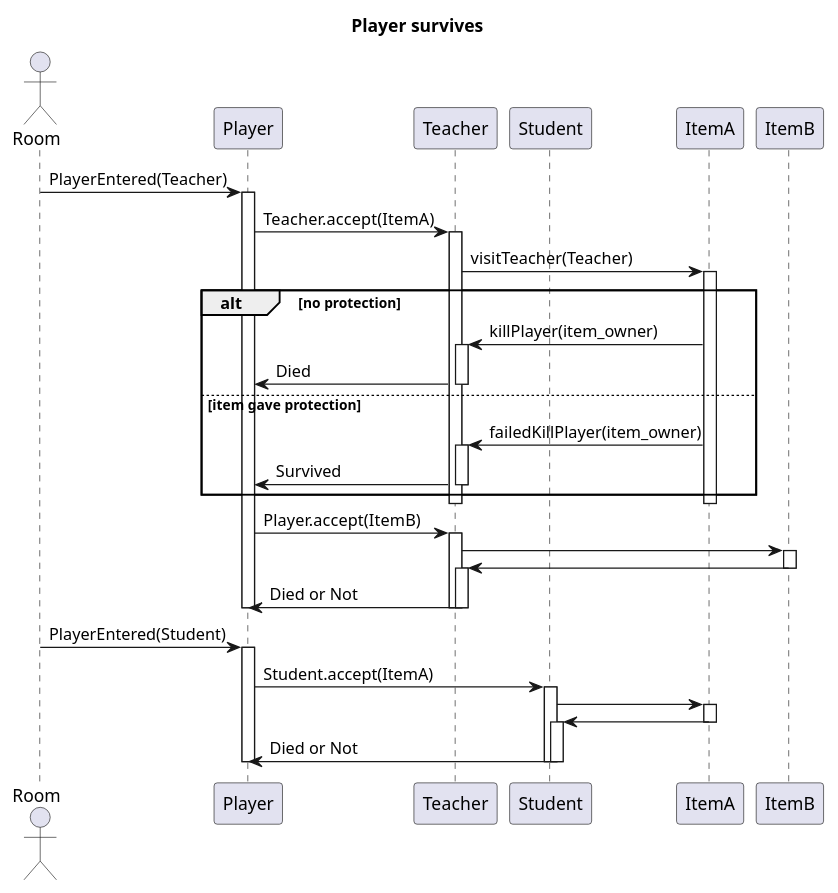
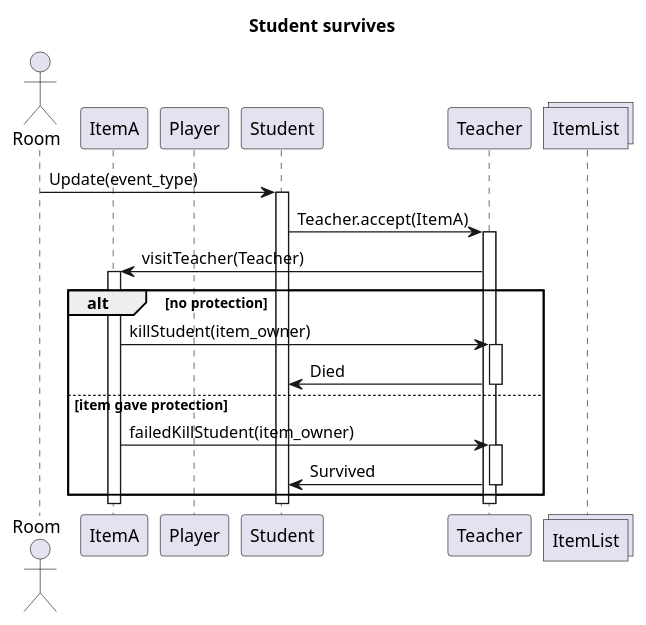
The diagram in docs/player_survives.plantuml (MBakter/echo), drawn with PlantUML before and after one commit.

Commit message:
event modifications

```diff
--- a/docs/player_survives.plantuml
+++ b/docs/player_survives.plantuml
@@ -2,70 +2,69 @@
 @startuml
-title Player survives
+title Student survives
 actor Room
  
 participant Room order 10
-participant Player order 20
+participant Student order 20
 participant Teacher order 30
-participant Student order 40
-participant ItemA order 50
-participant ItemB order 60
- 
-    Room -> Player : PlayerEntered(Teacher)
-activate Player
+/' participant Student order 40 '/
+collections ItemList order 50
 
-        Player -> Teacher : Teacher.accept(ItemA)
+    Room -> Student : Update(event_type)
+activate Student
+
+        Student -> Teacher : Teacher.accept(ItemA)
         activate Teacher
 
             Teacher -> ItemA : visitTeacher(Teacher)
             activate ItemA
                 alt no protection
-                    Teacher <- ItemA : killPlayer(item_owner)
+                    Teacher <- ItemA : killStudent(item_owner)
                     activate Teacher
-                        Teacher -> Player : Died
+                        Teacher -> Student : Died
                     deactivate Teacher
                 else  item gave protection
-                    Teacher <- ItemA : failedKillPlayer(item_owner)
+                    Teacher <- ItemA : failedKillStudent(item_owner)
                     activate Teacher
-                        Teacher -> Player : Survived
+                        Teacher -> Student : Survived
                     deactivate Teacher
                 end
             deactivate ItemA
 
             activate Teacher
                 
                 
             deactivate Teacher
         deactivate Teacher
 
 
-        Player -> Teacher : Player.accept(ItemB)
+/'         Student -> Teacher : Student.accept(ItemB)
         activate Teacher
             Teacher -> ItemB 
             activate ItemB
                 Teacher <- ItemB
             deactivate ItemB
 
             activate Teacher
-                Teacher -> Player : Died or Not
+                Teacher -> Student : Died or Not
             deactivate Teacher
-        deactivate Teacher
-deactivate Player
+        deactivate Teacher '/
+deactivate Student
 
-    Room -> Player : PlayerEntered(Student)
+/'     Room -> Player : PlayerEntered(Student)
     activate Player
         Player -> Student : Student.accept(ItemA)
         activate Student
         
             Student -> ItemA 
             activate ItemA
                 Student <- ItemA
             deactivate ItemA
 
             activate Student
                 Student -> Player : Died or Not
             deactivate Student
 
-        deactivate Student
+        deactivate Student '/
 deactivate Player
 
 @enduml
```
